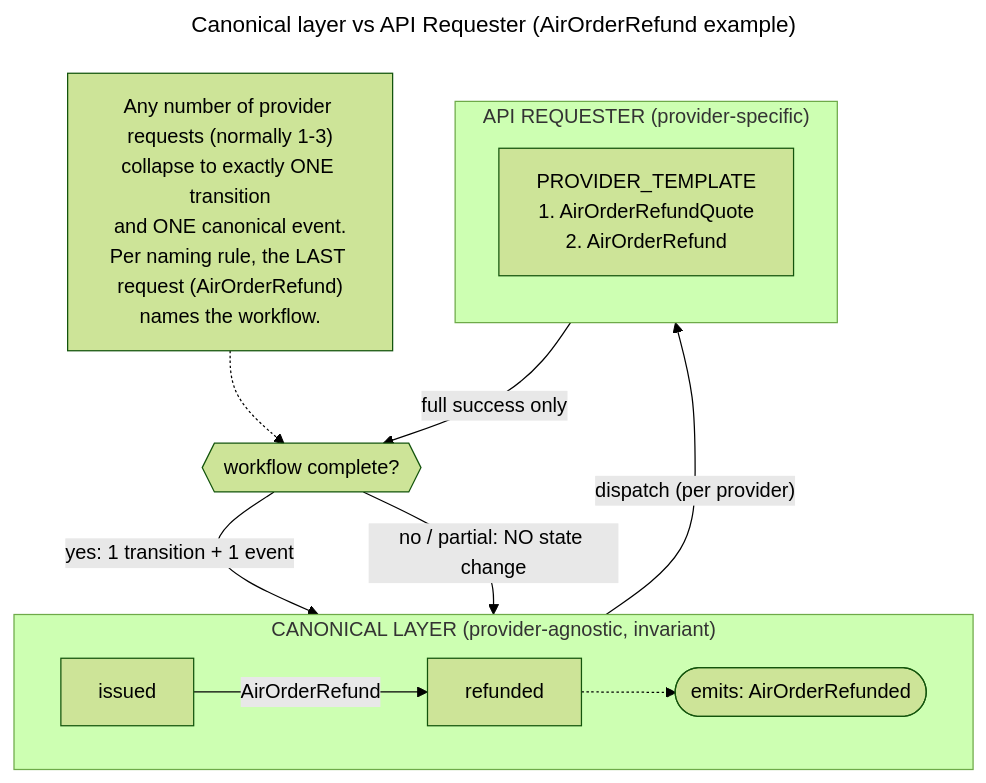
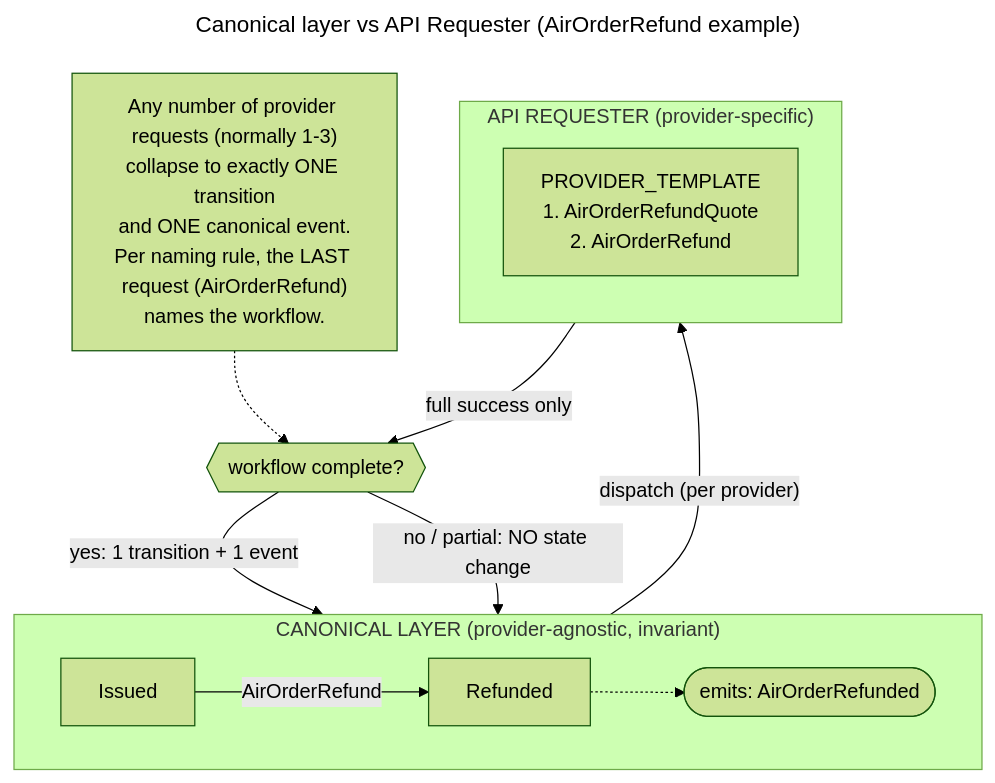
The second of 2 diagrams in ORDERSTATEMACHINE.md (AirGateway/AGW-v2-Canonical), drawn with Mermaid (forest theme) before and after one commit. The commit also changed other lines of this file and 2 other files, not shown here.

Commit message:
Made order statuses PascalCase to be consistent with what we already use.

````diff
--- a/ORDERSTATEMACHINE.md
+++ b/ORDERSTATEMACHINE.md
@@ -509,25 +511,25 @@
 ```mermaid
 ---
 title: Canonical layer vs API Requester (AirOrderRefund example)
 ---
 flowchart TB
     subgraph CANON["CANONICAL LAYER (provider-agnostic, invariant)"]
         direction LR
-        S1["issued"] -->|AirOrderRefund| S2["refunded"]
+        S1["Issued"] -->|AirOrderRefund| S2["Refunded"]
         EV(["emits: AirOrderRefunded"])
         S2 -.-> EV
     end
 
     subgraph REQ["API REQUESTER (provider-specific)"]
         direction TB
         PT["PROVIDER_TEMPLATE<br/>1. AirOrderRefundQuote<br/>2. AirOrderRefund"]
     end
 
     S1 -->|"dispatch (per provider)"| REQ
     PT -->|"full success only"| DONE{{"workflow complete?"}}
     DONE -->|"yes: 1 transition + 1 event"| S2
     DONE -->|"no / partial: NO state change"| S1
 
     note1["Any number of provider requests (normally 1-3)<br/>collapse to exactly ONE transition<br/>and ONE canonical event.<br/>Per naming rule, the LAST request (AirOrderRefund)<br/>names the workflow."]
     note1 -.-> DONE
 ```
````
